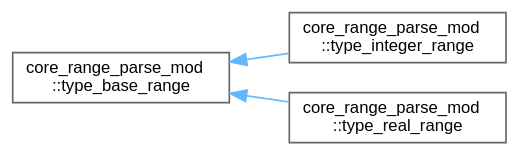
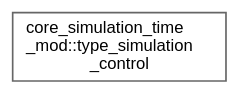
One commit to mayhl/FUNWAVE-TVD changed the diagram in release/v4.0-beta/inherit_graph_17.dot. Above: the diagram before and after it, drawn with Graphviz. The commit also changed 178 other files, not shown here.

```diff
--- a/release/v4.0-beta/inherit_graph_17.dot
+++ b/release/v4.0-beta/inherit_graph_17.dot
@@ -1,13 +1,9 @@
 digraph "Graphical Class Hierarchy"
 {
  // LATEX_PDF_SIZE
   bgcolor="transparent";
   edge [fontname=Helvetica,fontsize=10,labelfontname=Helvetica,labelfontsize=10];
   node [fontname=Helvetica,fontsize=10,shape=box,height=0.2,width=0.4];
   rankdir="LR";
-  Node0 [id="Node000000",label="core_range_parse_mod\l::type_base_range",height=0.2,width=0.4,color="grey40", fillcolor="white", style="filled",URL="$structcore__range__parse__mod_1_1type__base__range.html",tooltip="Base type for range logic."];
-  Node0 -> Node1 [id="edge2_Node000000_Node000001",dir="back",color="steelblue1",style="solid",tooltip=" "];
-  Node1 [id="Node000001",label="core_range_parse_mod\l::type_integer_range",height=0.2,width=0.4,color="grey40", fillcolor="white", style="filled",URL="$structcore__range__parse__mod_1_1type__integer__range.html",tooltip="Integer range type."];
-  Node0 -> Node2 [id="edge3_Node000000_Node000002",dir="back",color="steelblue1",style="solid",tooltip=" "];
-  Node2 [id="Node000002",label="core_range_parse_mod\l::type_real_range",height=0.2,width=0.4,color="grey40", fillcolor="white", style="filled",URL="$structcore__range__parse__mod_1_1type__real__range.html",tooltip="Real range type."];
+  Node0 [id="Node000000",label="core_simulation_time\l_mod::type_simulation\l_control",height=0.2,width=0.4,color="grey40", fillcolor="white", style="filled",URL="$structcore__simulation__time__mod_1_1type__simulation__control.html",tooltip=" "];
 }
```
